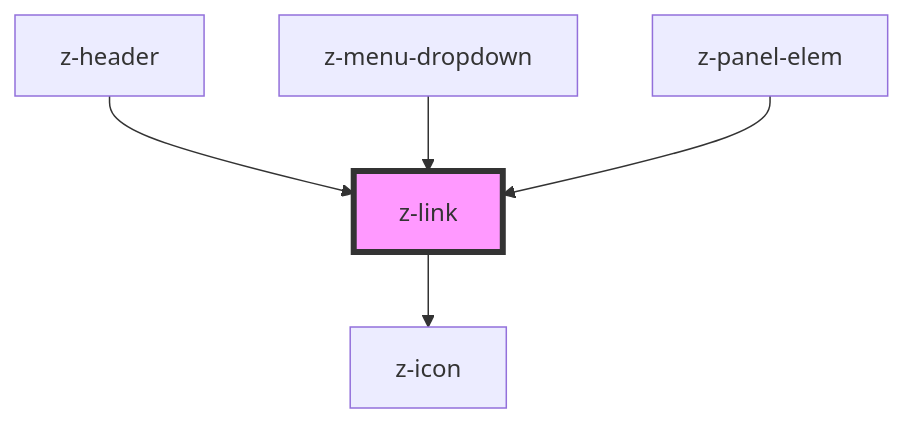
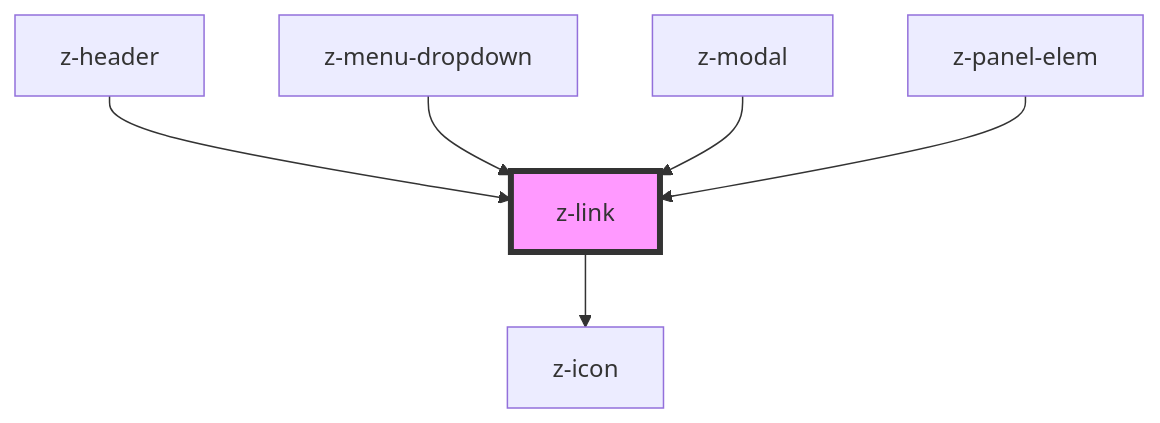
One commit to ZanichelliEditore/design-system changed the diagram in web-components-library/src/components/z-link/readme.md. Above: the diagram before and after it, drawn with Mermaid. The commit also changed other lines of this file and 1 other file, not shown here.

````diff
--- a/web-components-library/src/components/z-link/readme.md
+++ b/web-components-library/src/components/z-link/readme.md
@@ -41,8 +42,9 @@
 ```mermaid
 graph TD;
   z-link --> z-icon
   z-header --> z-link
   z-menu-dropdown --> z-link
+  z-modal --> z-link
   z-panel-elem --> z-link
   style z-link fill:#f9f,stroke:#333,stroke-width:4px
 ```
````
